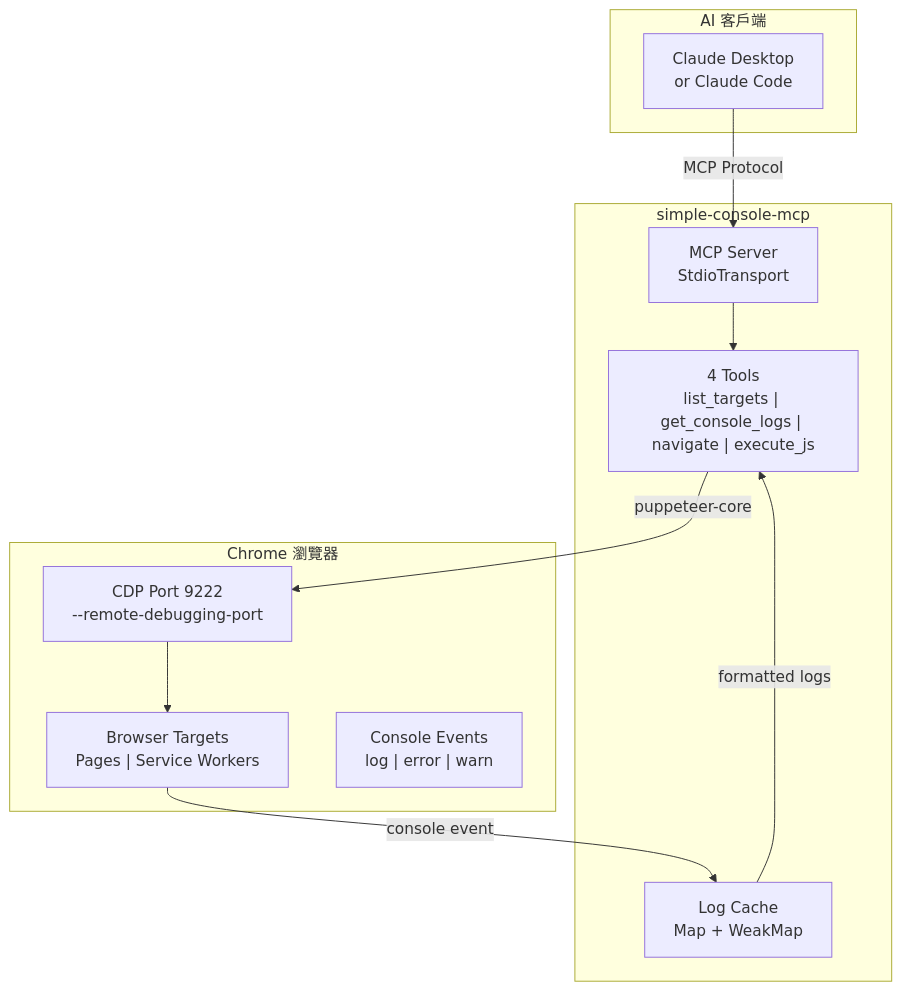
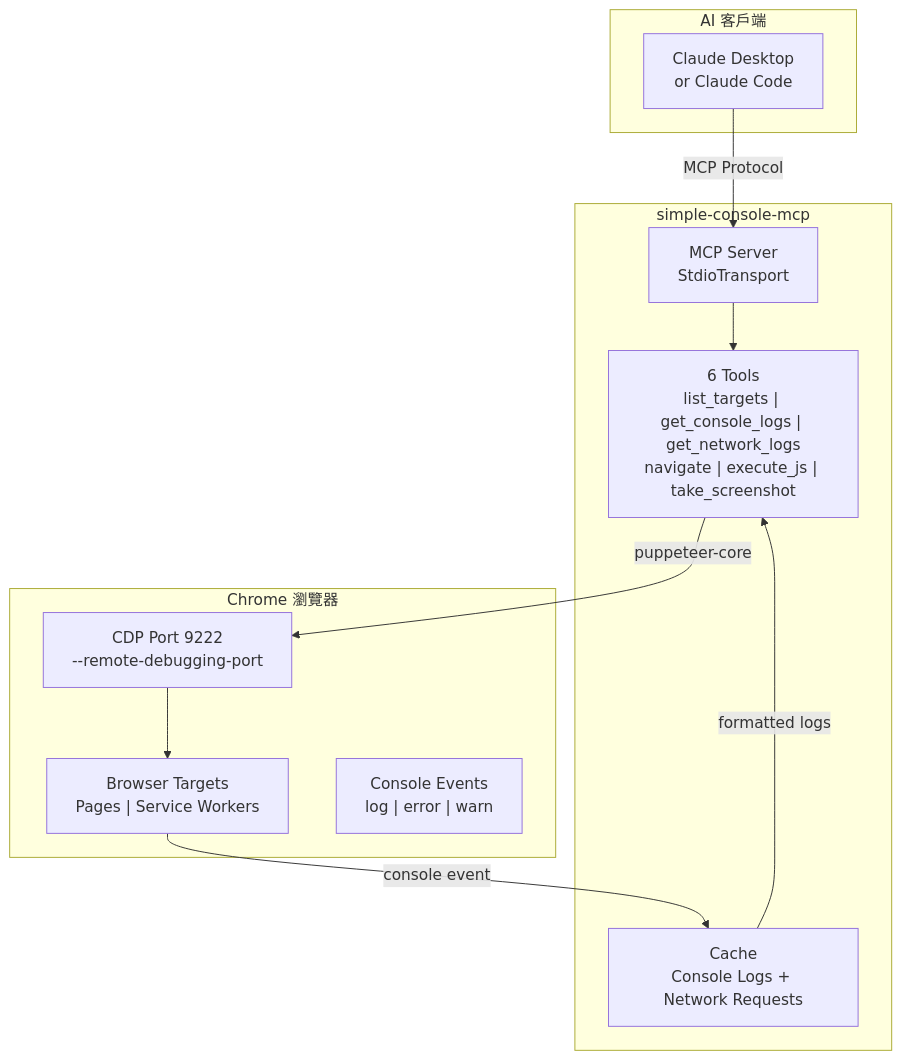
The diagram in README_ZH.md (tznthou/simple-console-mcp), drawn with Mermaid before and after one commit. The commit also changed other lines of this file and 3 other files, not shown here.

````diff
--- a/README_ZH.md
+++ b/README_ZH.md
@@ -248,25 +285,25 @@
 ```mermaid
 graph TB
     subgraph Client["AI 客戶端"]
         CLAUDE["Claude Desktop<br/>or Claude Code"]
     end
 
     subgraph MCP["simple-console-mcp"]
         SERVER["MCP Server<br/>StdioTransport"]
-        TOOLS["4 Tools<br/>list_targets | get_console_logs | navigate | execute_js"]
-        CACHE["Log Cache<br/>Map + WeakMap"]
+        TOOLS["6 Tools<br/>list_targets | get_console_logs | get_network_logs<br/>navigate | execute_js | take_screenshot"]
+        CACHE["Cache<br/>Console Logs + Network Requests"]
     end
 
     subgraph Browser["Chrome 瀏覽器"]
         CDP["CDP Port 9222<br/>--remote-debugging-port"]
         PAGES["Browser Targets<br/>Pages | Service Workers"]
         CONSOLE["Console Events<br/>log | error | warn"]
     end
 
     CLAUDE --> |"MCP Protocol"| SERVER
     SERVER --> TOOLS
     TOOLS --> |"puppeteer-core"| CDP
     CDP --> PAGES
     PAGES --> |"console event"| CACHE
     CACHE --> |"formatted logs"| TOOLS
 ```
````
